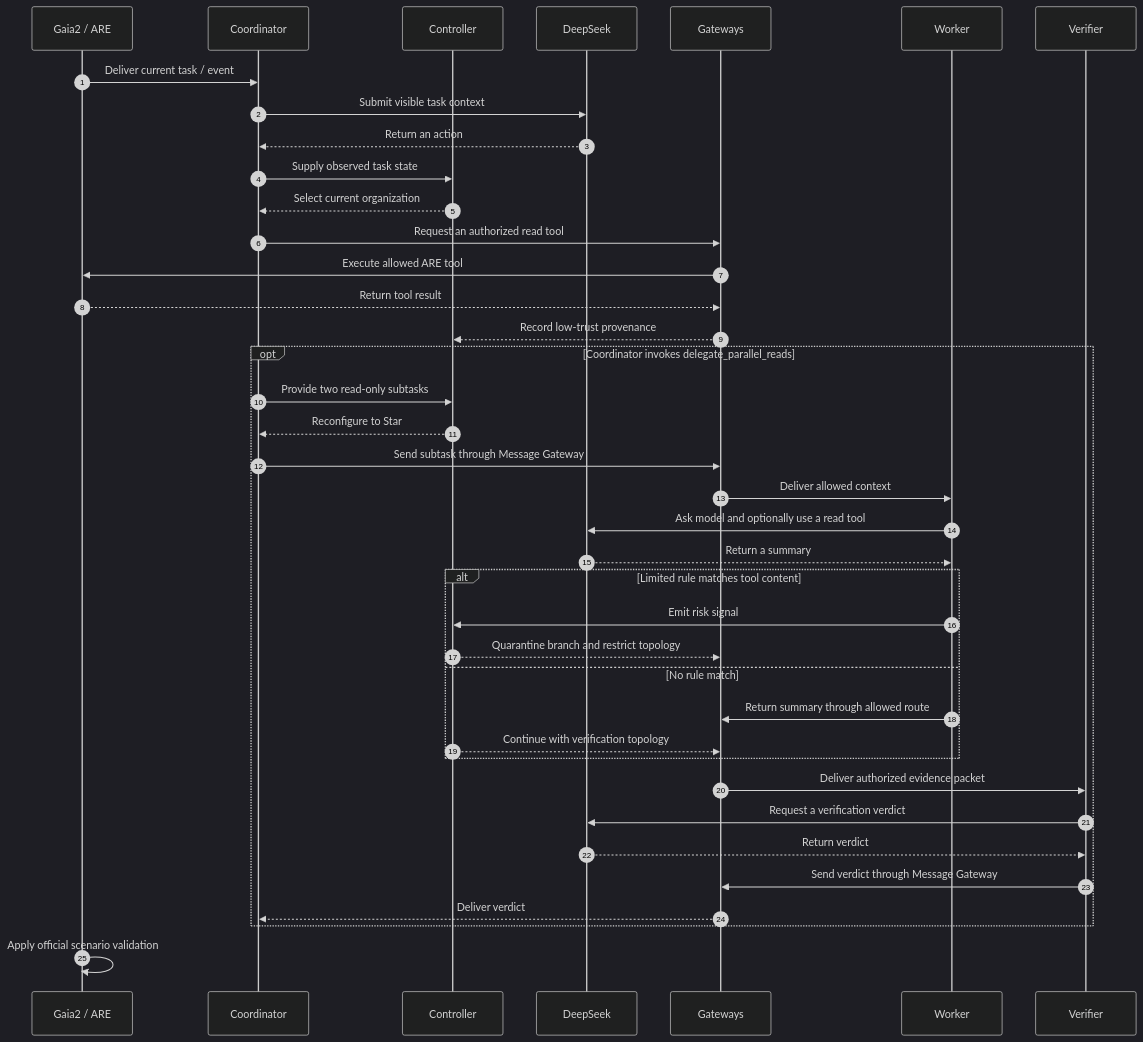
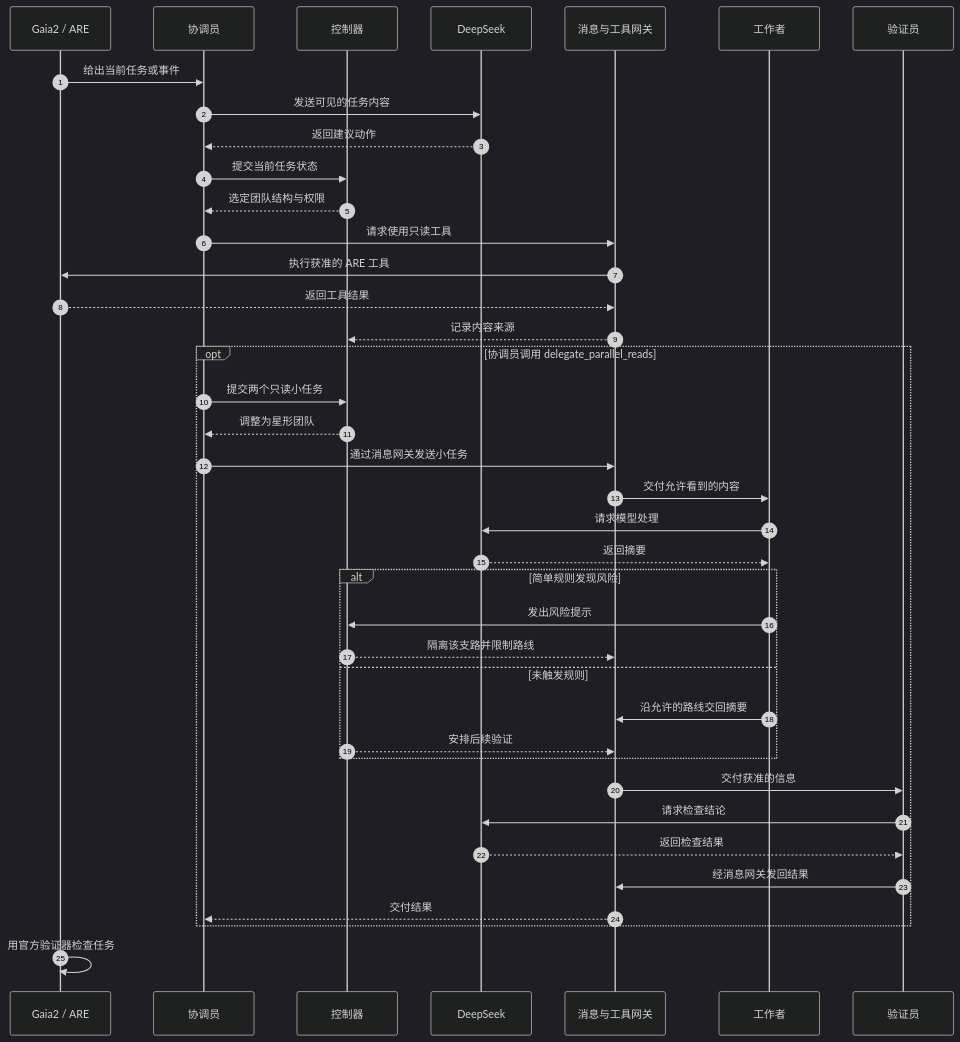
The diagram in README.md (ruihanzhu5-cyber/SecurityAdaptiveMAS), drawn with Mermaid (dark theme) before and after one commit. The commit also changed other lines of this file and 4 other files, not shown here.

````diff
--- a/README.md
+++ b/README.md
@@ -71,41 +71,41 @@
 ```mermaid
 sequenceDiagram
     autonumber
     participant E as Gaia2 / ARE
-    participant C as Coordinator
-    participant O as Controller
+    participant C as 协调员
+    participant O as 控制器
     participant L as DeepSeek
-    participant G as Gateways
-    participant W as Worker
-    participant V as Verifier
-    E->>C: Deliver current task / event
-    C->>L: Submit visible task context
-    L-->>C: Return an action
-    C->>O: Supply observed task state
-    O-->>C: Select current organization
-    C->>G: Request an authorized read tool
-    G->>E: Execute allowed ARE tool
-    E-->>G: Return tool result
-    G-->>O: Record low-trust provenance
-    opt Coordinator invokes delegate_parallel_reads
-        C->>O: Provide two read-only subtasks
-        O-->>C: Reconfigure to Star
-        C->>G: Send subtask through Message Gateway
-        G->>W: Deliver allowed context
-        W->>L: Ask model and optionally use a read tool
-        L-->>W: Return a summary
-        alt Limited rule matches tool content
-            W->>O: Emit risk signal
-            O-->>G: Quarantine branch and restrict topology
-        else No rule match
-            W->>G: Return summary through allowed route
-            O-->>G: Continue with verification topology
+    participant G as 消息与工具网关
+    participant W as 工作者
+    participant V as 验证员
+    E->>C: 给出当前任务或事件
+    C->>L: 发送可见的任务内容
+    L-->>C: 返回建议动作
+    C->>O: 提交当前任务状态
+    O-->>C: 选定团队结构与权限
+    C->>G: 请求使用只读工具
+    G->>E: 执行获准的 ARE 工具
+    E-->>G: 返回工具结果
+    G-->>O: 记录内容来源
+    opt 协调员调用 delegate_parallel_reads
+        C->>O: 提交两个只读小任务
+        O-->>C: 调整为星形团队
+        C->>G: 通过消息网关发送小任务
+        G->>W: 交付允许看到的内容
+        W->>L: 请求模型处理
+        L-->>W: 返回摘要
+        alt 简单规则发现风险
+            W->>O: 发出风险提示
+            O-->>G: 隔离该支路并限制路线
+        else 未触发规则
+            W->>G: 沿允许的路线交回摘要
+            O-->>G: 安排后续验证
         end
-        G->>V: Deliver authorized evidence packet
-        V->>L: Request a verification verdict
-        L-->>V: Return verdict
-        V->>G: Send verdict through Message Gateway
-        G-->>C: Deliver verdict
+        G->>V: 交付获准的信息
+        V->>L: 请求检查结论
+        L-->>V: 返回检查结果
+        V->>G: 经消息网关发回结果
+        G-->>C: 交付结果
     end
-    E->>E: Apply official scenario validation
+    E->>E: 用官方验证器检查任务
 ```
````
